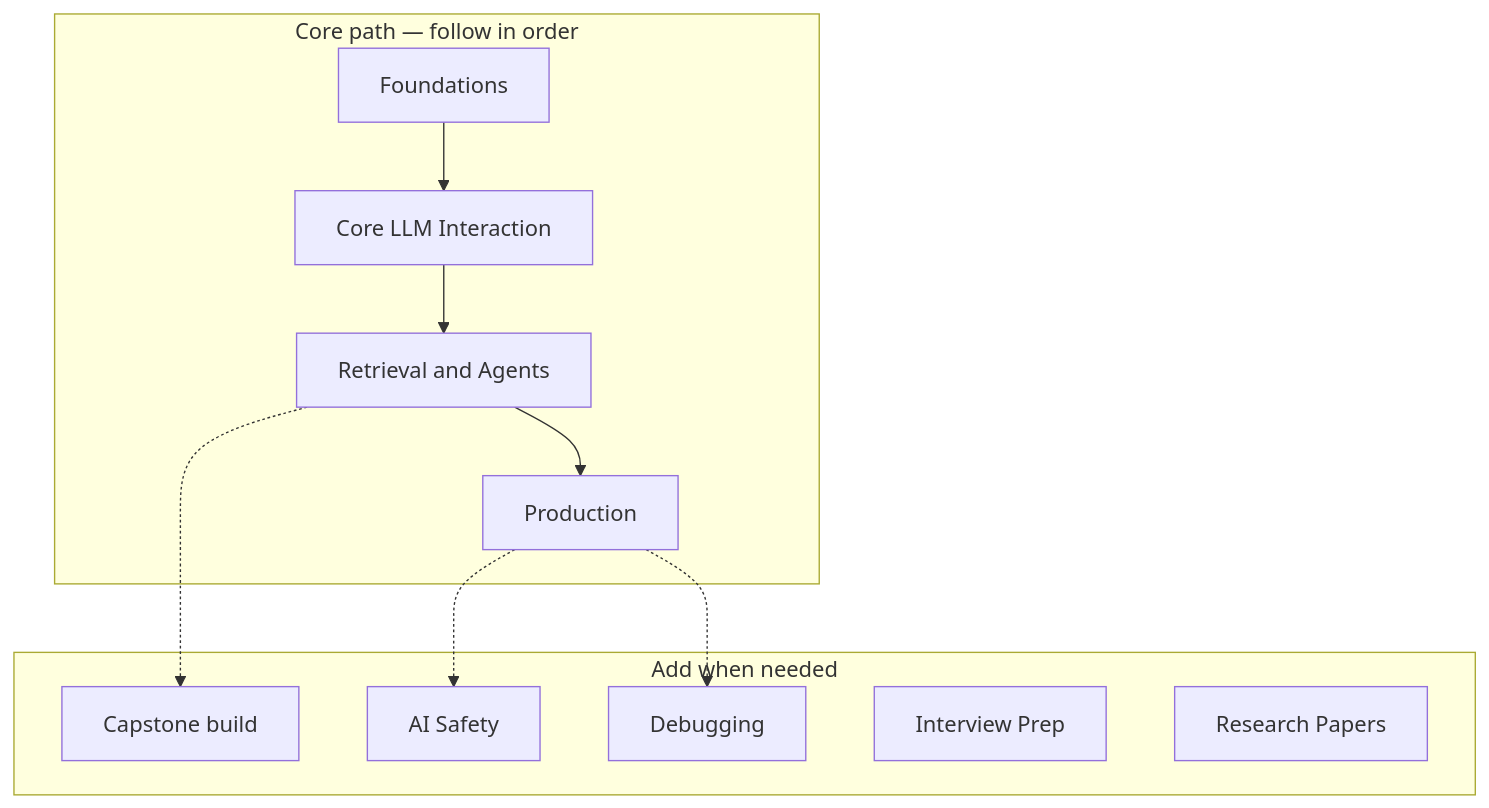
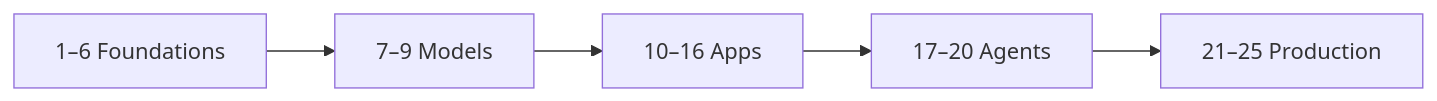
One commit to abdulsamad183/ai-engineering-playbook changed the diagram in meta/roadmap.md. Above: the diagram before and after it, drawn with Mermaid. The commit also changed other lines of this file and 76 other files, not shown here.

````diff
--- a/meta/roadmap.md
+++ b/meta/roadmap.md
@@ -10,22 +9,7 @@
 ```mermaid
-flowchart TB
-  subgraph core [Core path — follow in order]
-    F[Foundations]
-    C[Core LLM Interaction]
-    RA[Retrieval and Agents]
-    P[Production]
-    F --> C --> RA --> P
-  end
-
-  subgraph side [Add when needed]
-    CAP[Capstone build]
-    SAFE[AI Safety]
-    DBG[Debugging]
-    INT[Interview Prep]
-    PAP[Research Papers]
-  end
-
-  RA -.-> CAP
-  P -.-> SAFE
-  P -.-> DBG
+flowchart LR
+  A[1–6 Foundations] --> B[7–9 Models]
+  B --> C[10–16 Apps]
+  C --> D[17–20 Agents]
+  D --> E[21–25 Production]
 ```
````
